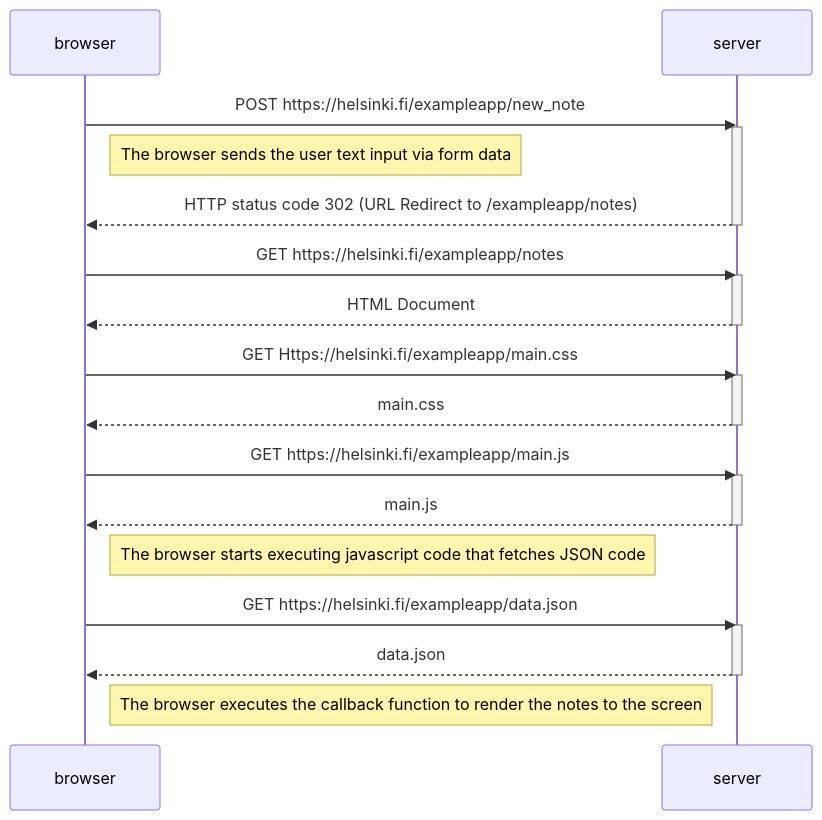
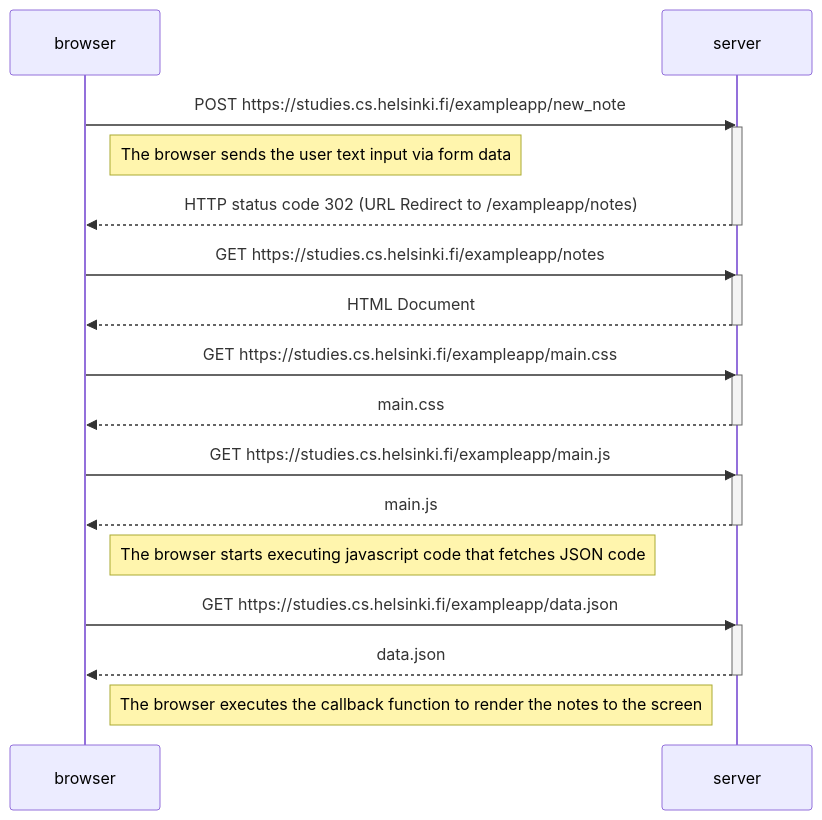
The diagram in part0/0.4.md (gokuman86/fullstackopen), drawn with Mermaid before and after one commit.

````diff
--- a/part0/0.4.md
+++ b/part0/0.4.md
@@ -1,35 +1,35 @@
 ```mermaid
 sequenceDiagram
   participant browser
   participant server
 
-  browser->>server: POST https://helsinki.fi/exampleapp/new_note
+  browser->>server: POST https://studies.cs.helsinki.fi/exampleapp/new_note
   activate server
   Note right of browser: The browser sends the user text input via form data
   server-->>browser: HTTP status code 302 (URL Redirect to /exampleapp/notes)
   deactivate server
 
-  browser->>server: GET https://helsinki.fi/exampleapp/notes
+  browser->>server: GET https://studies.cs.helsinki.fi/exampleapp/notes
   activate server
   server-->>browser: HTML Document
   deactivate server
 
-  browser->>server: GET Https://helsinki.fi/exampleapp/main.css
+  browser->>server: GET https://studies.cs.helsinki.fi/exampleapp/main.css
   activate server
   server-->>browser: main.css
   deactivate server
 
-  browser->>server: GET https://helsinki.fi/exampleapp/main.js
+  browser->>server: GET https://studies.cs.helsinki.fi/exampleapp/main.js
   activate server
   server-->>browser: main.js
   deactivate server
 
   Note right of browser: The browser starts executing javascript code that fetches JSON code
 
-  browser->>server: GET https://helsinki.fi/exampleapp/data.json
+  browser->>server: GET https://studies.cs.helsinki.fi/exampleapp/data.json
   activate server
   server-->>browser: data.json
   deactivate server
 
   Note right of browser: The browser executes the callback function to render the notes to the screen
 ```
````
